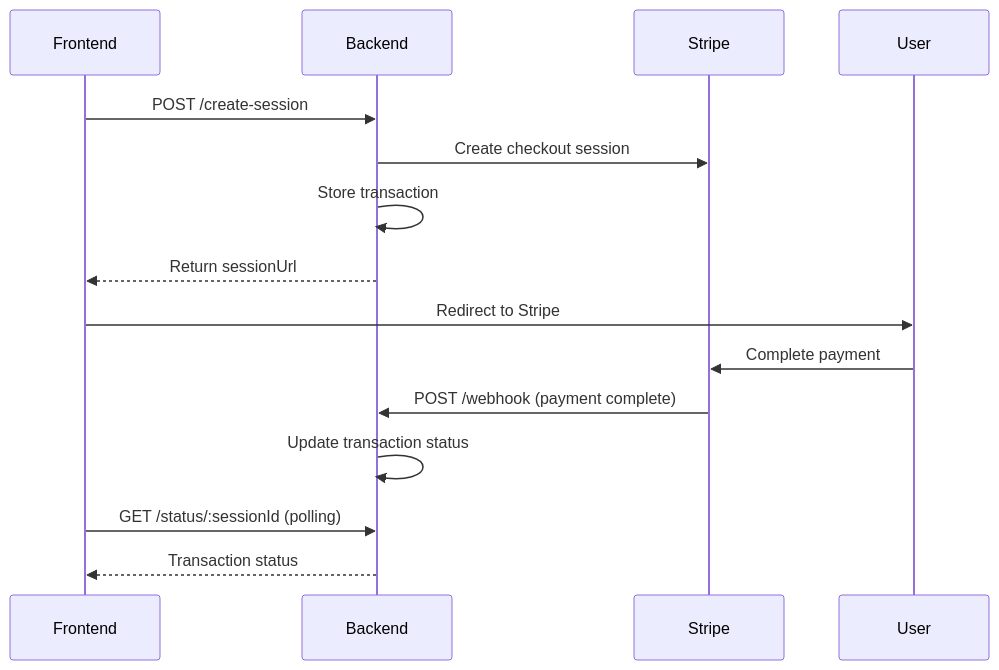
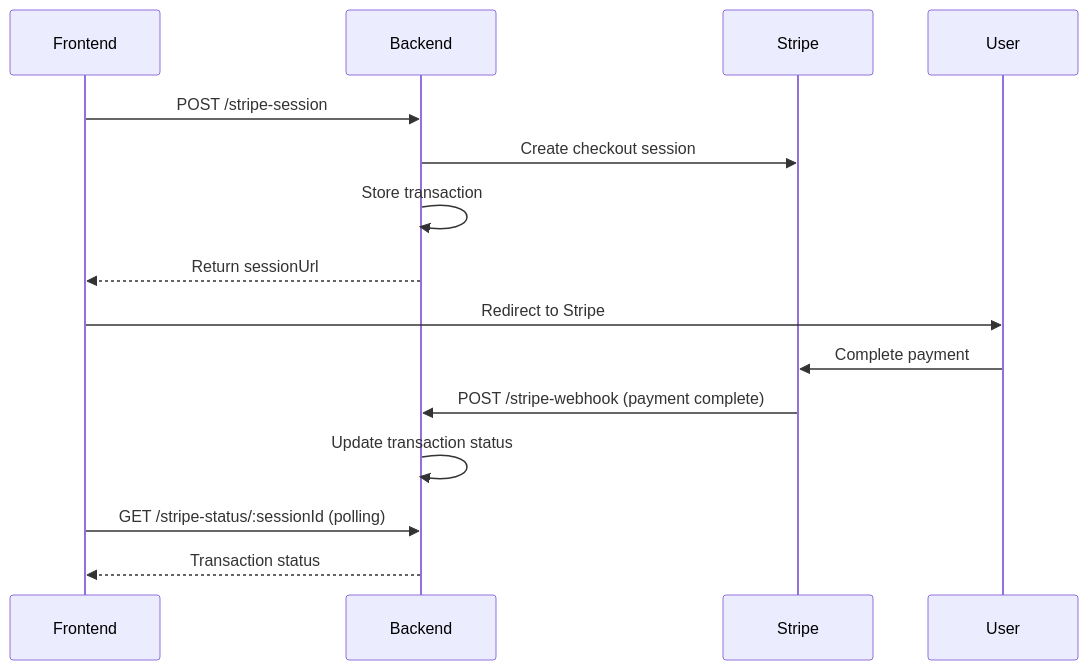
One commit to matiasbenary/bk changed the second of 3 diagrams in README.md. Above: the diagram before and after it, drawn with Mermaid. The commit also changed other lines of this file and 44 other files, not shown here.

````diff
--- a/README.md
+++ b/README.md
@@ -96,18 +103,18 @@
 ```mermaid
 sequenceDiagram
     participant Frontend
     participant Backend
     participant Stripe
     participant User
 
-    Frontend->>Backend: POST /create-session
+    Frontend->>Backend: POST /stripe-session
     Backend->>Stripe: Create checkout session
     Backend->>Backend: Store transaction
     Backend-->>Frontend: Return sessionUrl
     Frontend->>User: Redirect to Stripe
     User->>Stripe: Complete payment
-    Stripe->>Backend: POST /webhook (payment complete)
+    Stripe->>Backend: POST /stripe-webhook (payment complete)
     Backend->>Backend: Update transaction status
-    Frontend->>Backend: GET /status/:sessionId (polling)
+    Frontend->>Backend: GET /stripe-status/:sessionId (polling)
     Backend-->>Frontend: Transaction status
 ```
````
